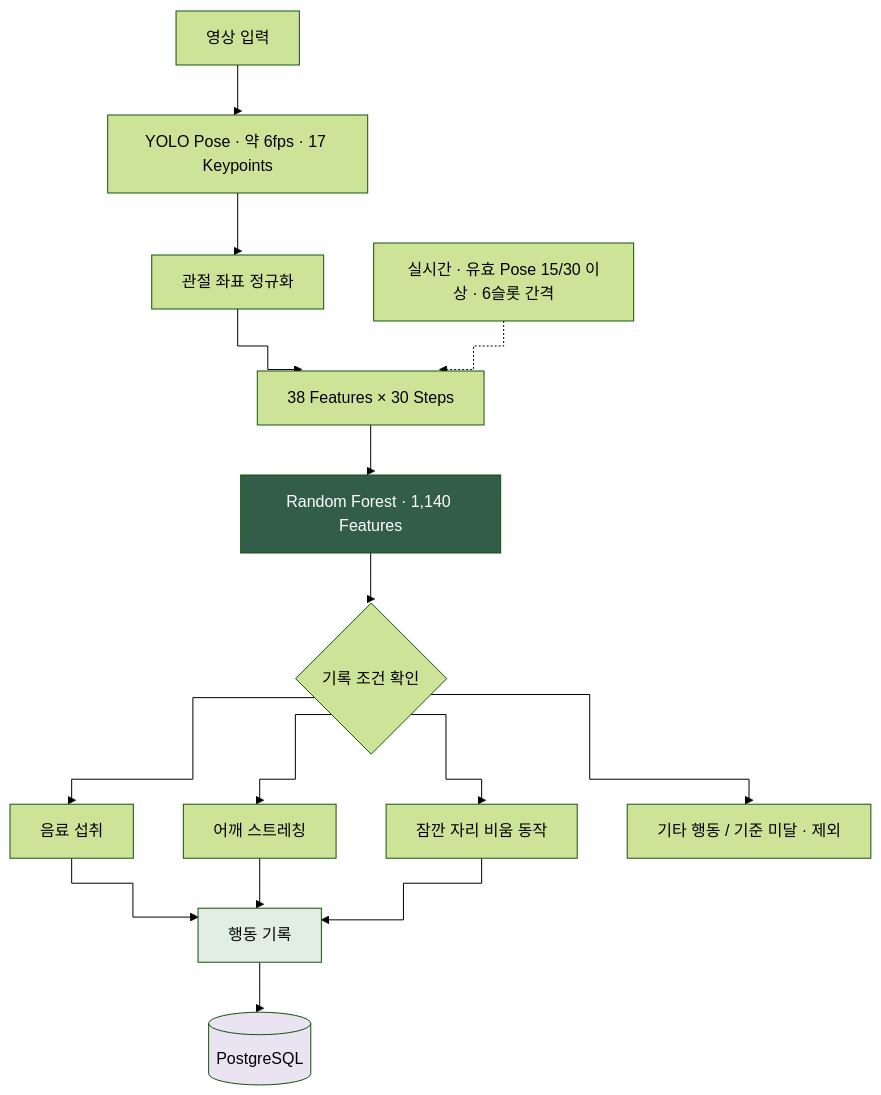
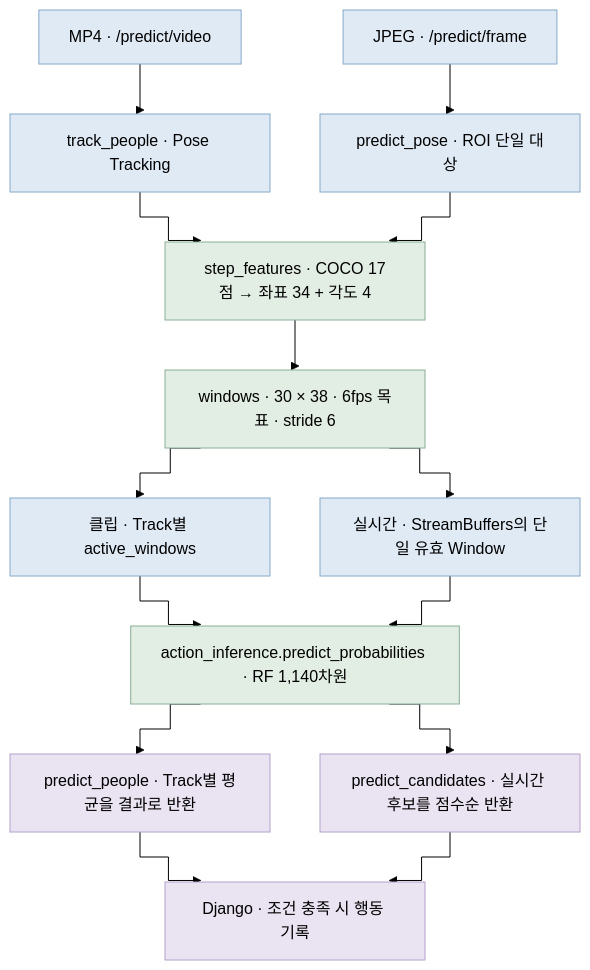
One commit to HanaPark-lab/desk-habit-coach changed the diagram in docs/images/diagrams/04_ai_pipeline.mmd. Above: the diagram before and after it, drawn with Mermaid (forest theme). The commit also changed 1 other file, not shown here.

Commit message:
docs: refine AI inference pipeline diagram

```diff
--- a/docs/images/diagrams/04_ai_pipeline.mmd
+++ b/docs/images/diagrams/04_ai_pipeline.mmd
@@ -1,16 +1,22 @@
 ---
 config:
   flowchart:
     curve: step
 ---
 flowchart TD
- A[영상 입력] --> B[YOLO Pose · 약 6fps · 17 Keypoints] --> C[관절 좌표 정규화] --> D[38 Features × 30 Steps] --> E[Random Forest · 1,140 Features] --> Q{기록 조건 확인}
- Q --> F[음료 섭취]
- Q --> G[어깨 스트레칭]
- Q --> H[잠깐 자리 비움 동작]
- Q --> I[기타 행동 / 기준 미달 · 제외]
- F & G & H --> J[행동 기록] --> K[(PostgreSQL)]
- R["실시간 · 유효 Pose 15/30 이상 · 6슬롯 간격"] -.-> D
- style E fill:#315d49,color:#fff
- style J fill:#e2eee4
- style K fill:#eae3f2
+ V["MP4 · /predict/video"] --> T["track_people · Pose Tracking"]
+ J["JPEG · /predict/frame"] --> P["predict_pose · ROI 단일 대상"]
+ T & P --> F["step_features · COCO 17점 → 좌표 34 + 각도 4"]
+ F --> W["windows · 30 × 38 · 6fps 목표 · stride 6"]
+ W --> A["클립 · Track별 active_windows"]
+ W --> B["실시간 · StreamBuffers의 단일 유효 Window"]
+ A & B --> R["action_inference.predict_probabilities · RF 1,140차원"]
+ R --> X["predict_people · Track별 평균을 결과로 반환"]
+ R --> Y["predict_candidates · 실시간 후보를 점수순 반환"]
+ X & Y --> D["Django · 조건 충족 시 행동 기록"]
+ classDef inp fill:#e0eaf5,stroke:#86a8ca
+ classDef shared fill:#e2eee4,stroke:#8bad96
+ classDef out fill:#eae3f2,stroke:#b6a1ca
+ class V,J,T,P,A,B inp
+ class F,W,R shared
+ class X,Y,D out
```
